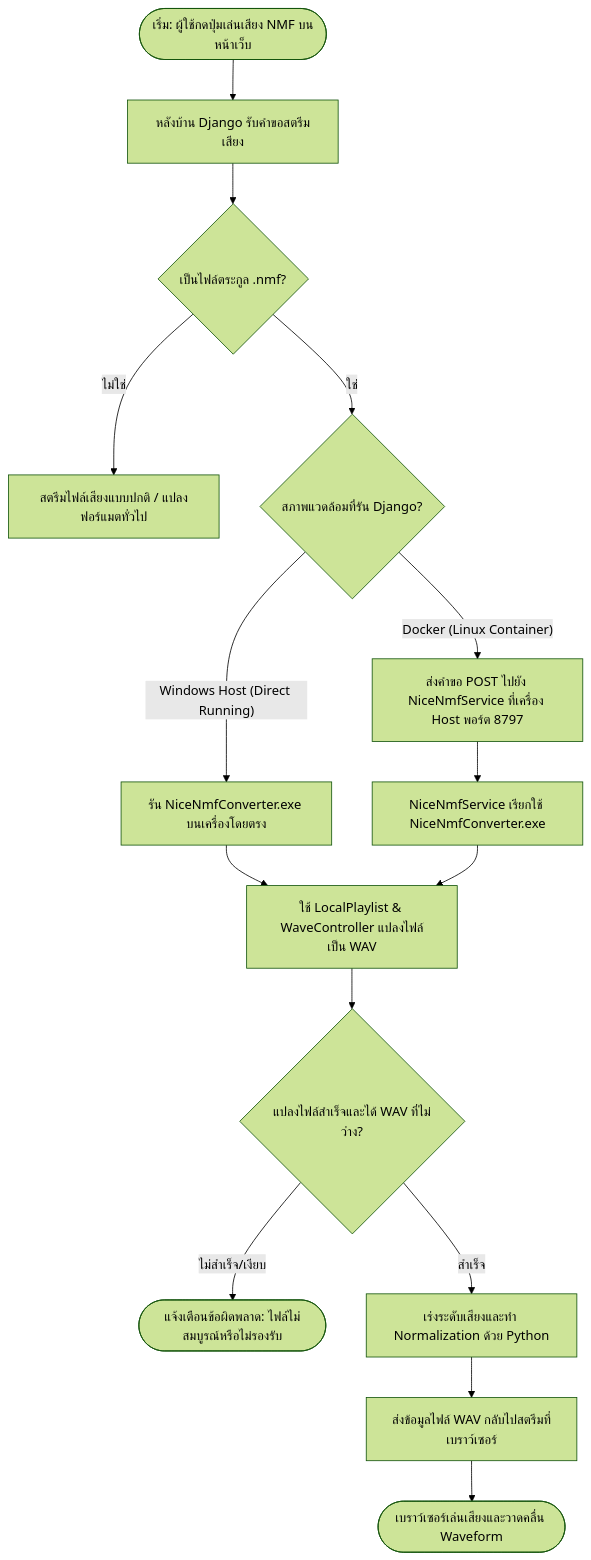
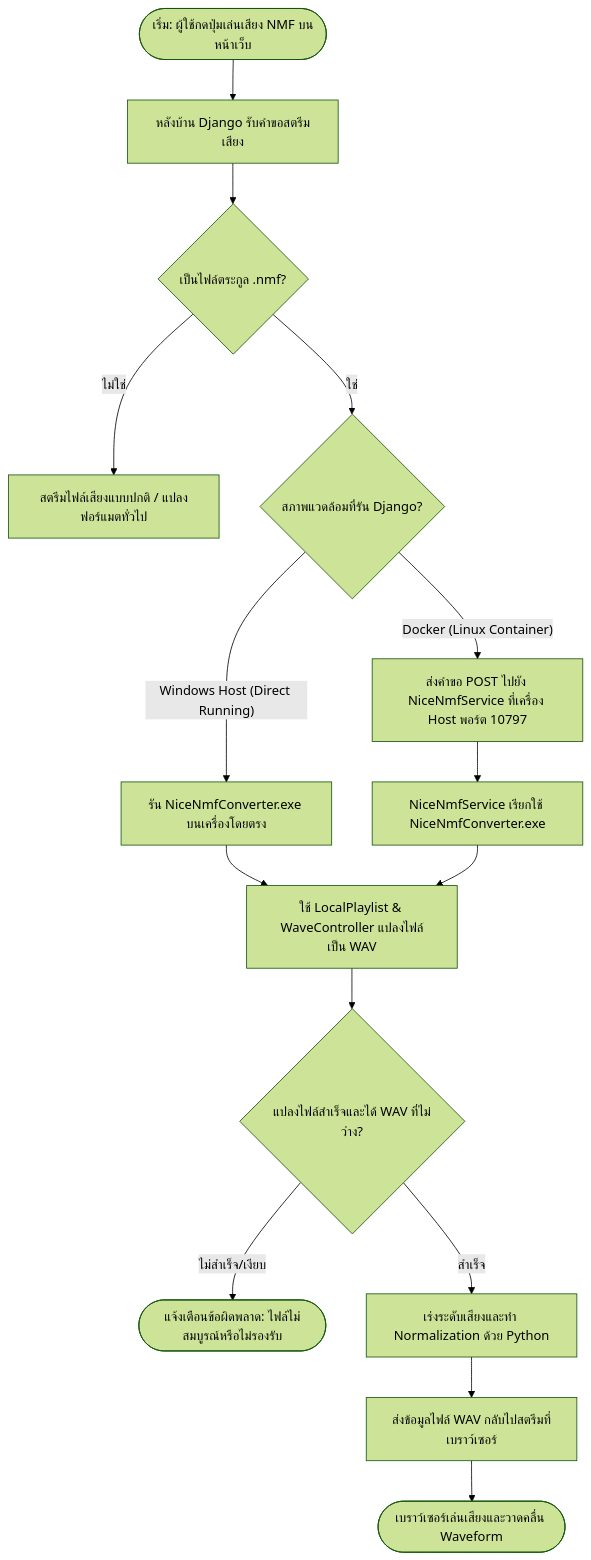
The first of 3 diagrams in NiceNmfService/NICE_NMF_SAVEMGR_INTEGRATION_GUIDE.md (mamiaoofu/nt_playback), drawn with Mermaid (forest theme) before and after one commit. The commit also changed other lines of this file and 7 other files, not shown here.

````diff
--- a/NiceNmfService/NICE_NMF_SAVEMGR_INTEGRATION_GUIDE.md
+++ b/NiceNmfService/NICE_NMF_SAVEMGR_INTEGRATION_GUIDE.md
@@ -13,24 +13,24 @@
 ```mermaid
 flowchart TD
     Start([เริ่ม: ผู้ใช้กดปุ่มเล่นเสียง NMF บนหน้าเว็บ]) --> Request[หลังบ้าน Django รับคำขอสตรีมเสียง]
     Request --> CheckNmf{เป็นไฟล์ตระกูล .nmf?}
     
     CheckNmf --ไม่ใช่--> NormalStream[สตรีมไฟล์เสียงแบบปกติ / แปลงฟอร์แมตทั่วไป]
     CheckNmf --ใช่--> CheckEnv{สภาพแวดล้อมที่รัน Django?}
     
-    CheckEnv --Docker (Linux Container)--> CallAPI[ส่งคำขอ POST ไปยัง NiceNmfService ที่เครื่อง Host พอร์ต 8797]
+    CheckEnv --Docker (Linux Container)--> CallAPI[ส่งคำขอ POST ไปยัง NiceNmfService ที่เครื่อง Host พอร์ต 10797]
     CheckEnv --Windows Host (Direct Running)--> RunLocal[รัน NiceNmfConverter.exe บนเครื่องโดยตรง]
     
     CallAPI --> ServiceConvert[NiceNmfService เรียกใช้ NiceNmfConverter.exe]
     
     RunLocal --> ConvertFlow[ใช้ LocalPlaylist & WaveController แปลงไฟล์เป็น WAV]
     ServiceConvert --> ConvertFlow
     
     ConvertFlow --> CheckWav{แปลงไฟล์สำเร็จและได้ WAV ที่ไม่ว่าง?}
     
     CheckWav --ไม่สำเร็จ/เงียบ--> Error([แจ้งเตือนข้อผิดพลาด: ไฟล์ไม่สมบูรณ์หรือไม่รองรับ])
     CheckWav --สำเร็จ--> Normalize[เร่งระดับเสียงและทำ Normalization ด้วย Python]
     
     Normalize --> Stream[ส่งข้อมูลไฟล์ WAV กลับไปสตรีมที่เบราว์เซอร์]
     Stream --> Play([เบราว์เซอร์เล่นเสียงและวาดคลื่น Waveform])
 ```
````
